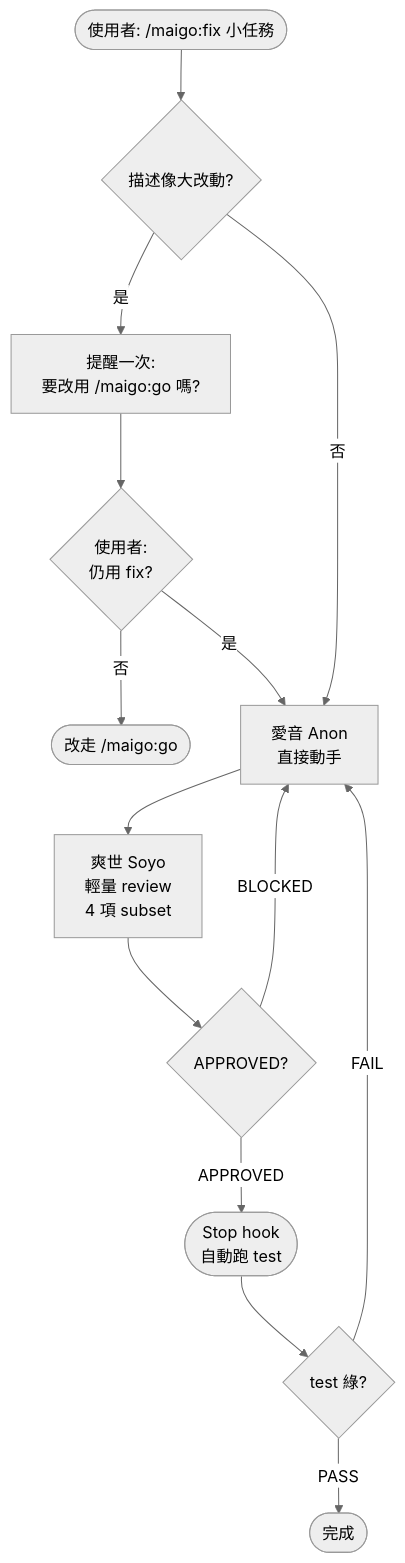
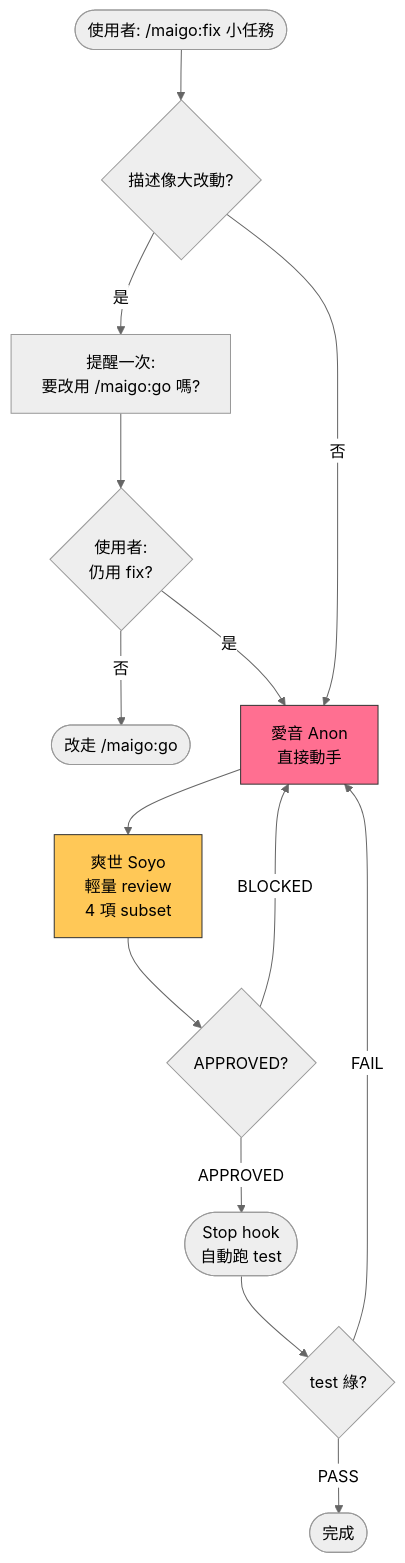
Before and after one commit to Lee-W/maigo: the diagram in commands/fix.md, drawn with Mermaid (neutral theme). The commit also changed other lines of this file and 15 other files, not shown here.

````diff
--- a/commands/fix.md
+++ b/commands/fix.md
@@ -9,16 +9,24 @@
 ```mermaid
 flowchart TD
     Start([使用者: /maigo:fix 小任務]) --> Gate{描述像大改動?}
     Gate -- 是 --> Warn[提醒一次:<br/>要改用 /maigo:go 嗎?]
     Warn --> UserChoose{使用者:<br/>仍用 fix?}
     UserChoose -- 否 --> Redirect([改走 /maigo:go])
     UserChoose -- 是 --> Anon
     Gate -- 否 --> Anon[愛音 Anon<br/>直接動手]
     Anon --> Soyo[爽世 Soyo<br/>輕量 review<br/>4 項 subset]
     Soyo --> SoyoVerdict{APPROVED?}
     SoyoVerdict -- BLOCKED --> Anon
     SoyoVerdict -- APPROVED --> StopHook([Stop hook<br/>自動跑 test])
     StopHook --> HookVerdict{test 綠?}
     HookVerdict -- FAIL --> Anon
     HookVerdict -- PASS --> Done([完成])
+
+    classDef raana fill:#6EEB83,stroke:#333,color:#000
+    classDef tomori fill:#6EC1E4,stroke:#333,color:#000
+    classDef anon fill:#FF6F91,stroke:#333,color:#000
+    classDef soyo fill:#FFC857,stroke:#333,color:#000
+    classDef taki fill:#7A5CFF,stroke:#333,color:#fff
+    class Anon anon
+    class Soyo soyo
 ```
````
